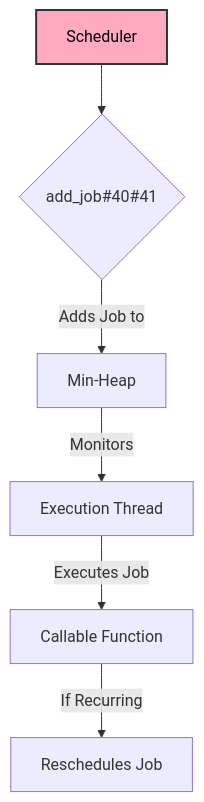
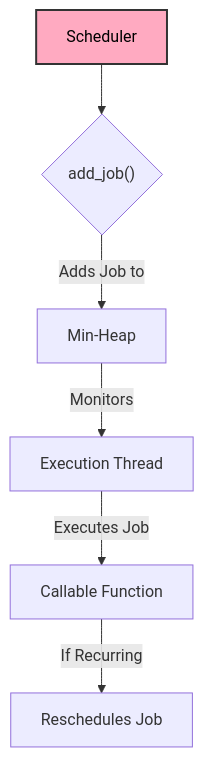
One commit to ikko/sym changed the second of 4 diagrams in docs/readme_details/7_scheduling/index.md. Above: the diagram before and after it, drawn with Mermaid. The commit also changed other lines of this file and 17 other files, not shown here.

````diff
--- a/docs/readme_details/7_scheduling/index.md
+++ b/docs/readme_details/7_scheduling/index.md
@@ -25,12 +25,12 @@
     ```mermaid
 graph TD
-        A[Scheduler] --> B{add_job#40#41};
+        A[Scheduler] --> B{add_job#40;#41;};
         B -- "Adds Job to" --> C[Min-Heap];;
         C -- "Monitors" --> D[Execution Thread];
         D -- "Executes Job" --> E[Callable Function];
         E -- "If Recurring" --> F[Reschedules Job];
 
     style A fill:#ffaac1,stroke:#333,stroke-width:2px,color:#000000;
 
     style A fill:#ffaac1,stroke:#333,stroke-width:2px,color:#000000;
 ```
````
